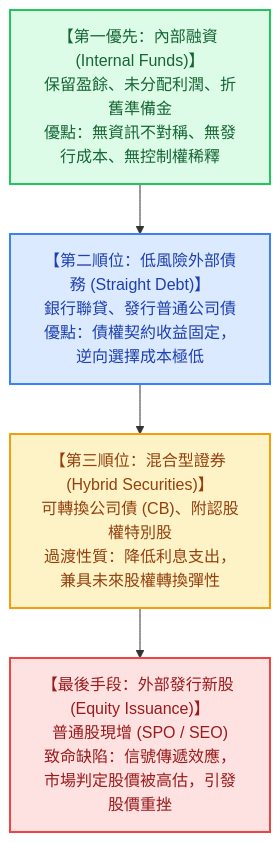
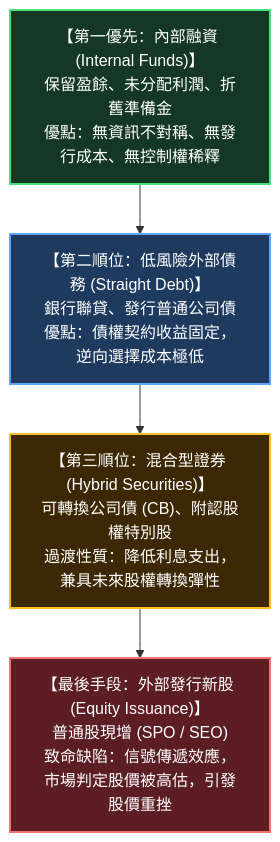
Before and after one commit to Jimlin0428/my-digital-garden: the third of 3 diagrams in src/site/notes/98_商業概念庫/capital-structure_資本結構.md, drawn with Mermaid. The commit also changed other lines of this file and 58 other files, not shown here.

````diff
--- a/src/site/notes/98_商業概念庫/capital-structure_資本結構.md
+++ b/src/site/notes/98_商業概念庫/capital-structure_資本結構.md
@@ -175,13 +170,13 @@
 ```mermaid
 flowchart TD
     Step1["【第一優先：內部融資 (Internal Funds)】<br>保留盈餘、未分配利潤、折舊準備金<br>優點：無資訊不對稱、無發行成本、無控制權稀釋"] --> Step2["【第二順位：低風險外部債務 (Straight Debt)】<br>銀行聯貸、發行普通公司債<br>優點：債權契約收益固定，逆向選擇成本極低"]
     
     Step2 --> Step3["【第三順位：混合型證券 (Hybrid Securities)】<br>可轉換公司債 (CB)、附認股權特別股<br>過渡性質：降低利息支出，兼具未來股權轉換彈性"]
     
     Step3 --> Step4["【最後手段：外部發行新股 (Equity Issuance)】<br>普通股現增 (SPO / SEO)<br>致命缺陷：信號傳遞效應，市場判定股價被高估，引發股價重挫"]
 
-    style Step1 fill:#dcfce7,stroke:#22c55e,stroke-width:2px,color:#166534
-    style Step2 fill:#dbeafe,stroke:#3b82f6,stroke-width:2px,color:#1e40af
-    style Step3 fill:#fef3c7,stroke:#f59e0b,stroke-width:2px,color:#92400e
-    style Step4 fill:#fee2e2,stroke:#ef4444,stroke-width:2px,color:#991b1b
+    style Step1 fill:#143823,stroke:#4ade80,stroke-width:2px,color:#ffffff
+    style Step2 fill:#1e3a5f,stroke:#60a5fa,stroke-width:2px,color:#ffffff
+    style Step3 fill:#3d2806,stroke:#fbbf24,stroke-width:2px,color:#ffffff
+    style Step4 fill:#5c1d24,stroke:#f87171,stroke-width:2px,color:#ffffff
 ```
````
